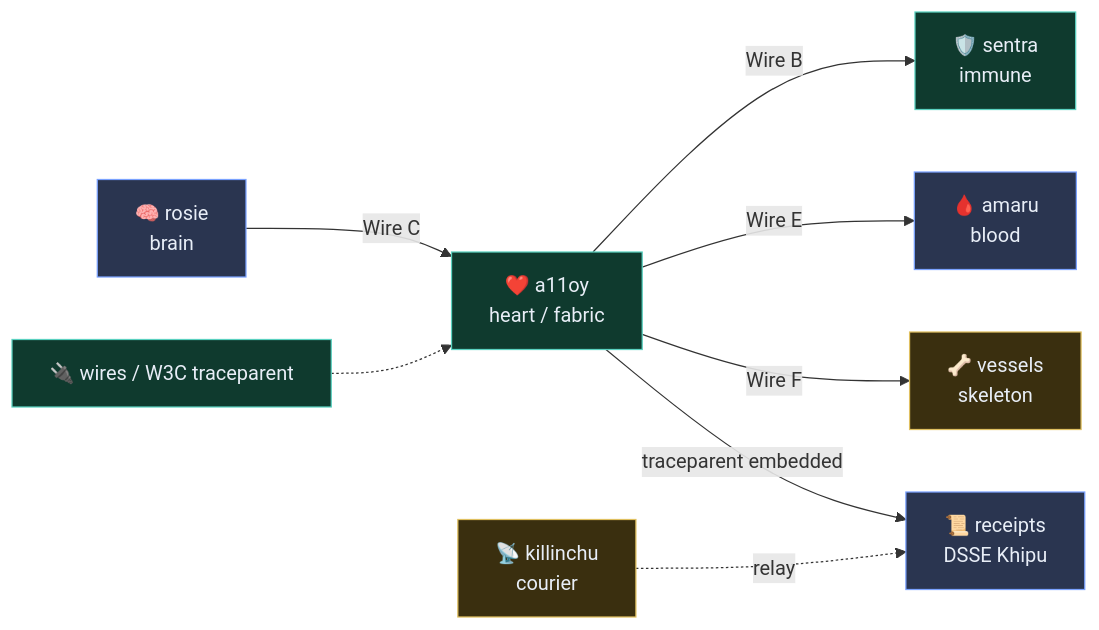
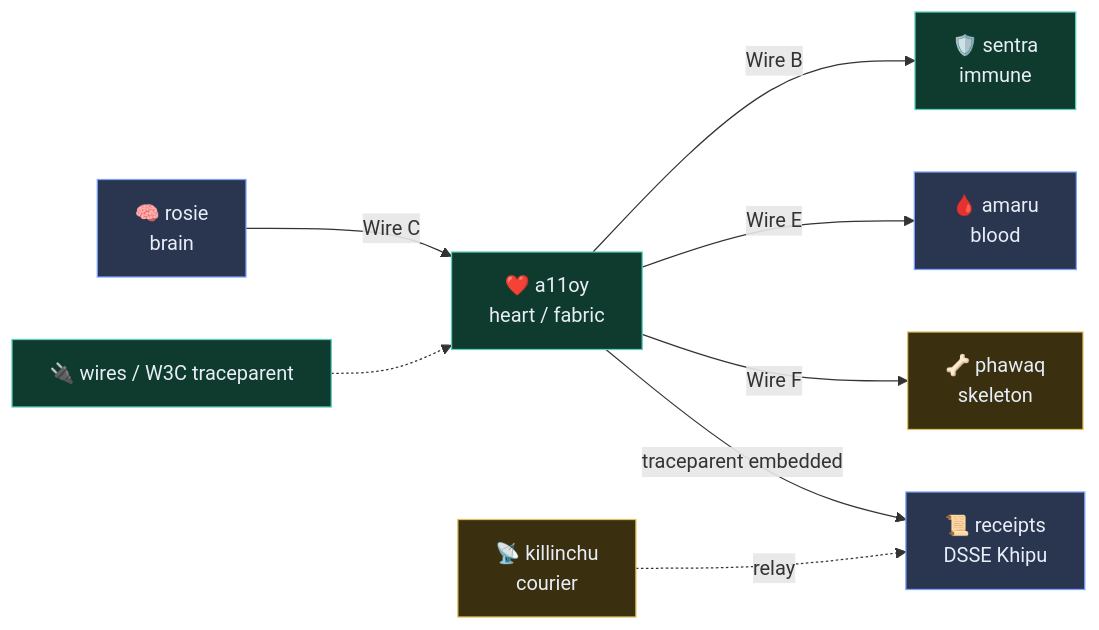
One commit to szl-holdings/a11oy changed the second of 2 diagrams in README.md. Above: the diagram before and after it, drawn with Mermaid. The commit also changed other lines of this file, not shown here.

Commit message:
docs(readme): rename vessels→phawaq in UDS mesh diagram
Canonical roadmap (RECOVERED_PLAN.md): drone software renamed
vessels → phawaq (Quechua). Update 'skeleton' node in mermaid
diagram from VESSELS[vessels skeleton] to PHAWAQ[phawaq skeleton]
and inline prose reference.

````diff
--- a/README.md
+++ b/README.md
@@ -186,13 +186,13 @@
 ```mermaid
 flowchart LR
     classDef live fill:#0f3a2e,stroke:#5ad1c0,color:#e8eef7;
     classDef inproc fill:#2a3550,stroke:#7aa2ff,color:#e8eef7;
     classDef roadmap fill:#3a2f0f,stroke:#e0c060,color:#e8eef7;
     ROSIE["🧠 rosie<br/>brain"]:::inproc -->|Wire C| A11OY["❤️ a11oy<br/>heart / fabric"]:::live
     A11OY -->|Wire B| SENTRA["🛡️ sentra<br/>immune"]:::live
     A11OY -->|Wire E| AMARU["🩸 amaru<br/>blood"]:::inproc
-    A11OY -->|Wire F| VESSELS["🦴 vessels<br/>skeleton"]:::roadmap
+    A11OY -->|Wire F| PHAWAQ["🦴 phawaq<br/>skeleton"]:::roadmap
     KILLINCHU["📡 killinchu<br/>courier"]:::roadmap -.->|relay| RECEIPTS["📜 receipts<br/>DSSE Khipu"]:::inproc
     A11OY -->|traceparent embedded| RECEIPTS
     WIRES["🔌 wires / W3C traceparent"]:::live -.-> A11OY
 ```
````
